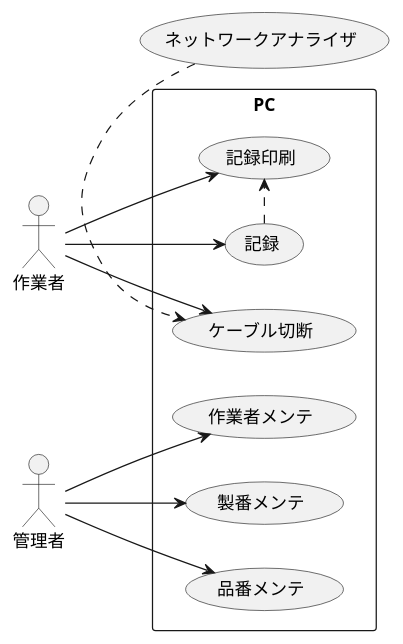
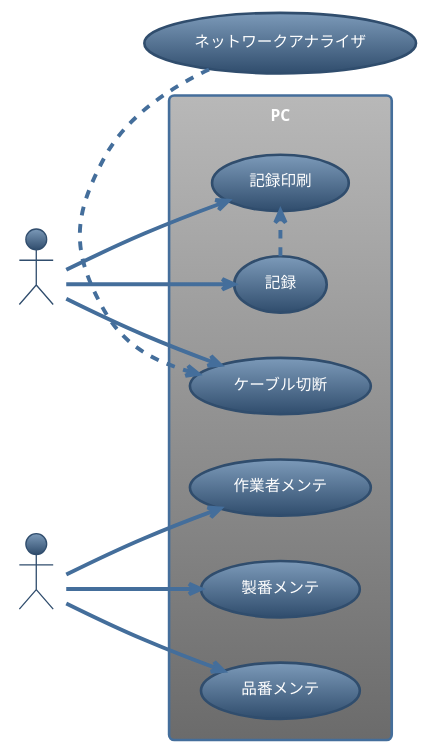
Before and after one commit to yoshijss/Docs: the diagram in PlantUML/Hirakawa/Usecase.pu, drawn with PlantUML. The commit also changed 18 other files, not shown here.

```diff
--- a/PlantUML/Hirakawa/Usecase.pu
+++ b/PlantUML/Hirakawa/Usecase.pu
@@ -1,19 +1,20 @@
 @startuml 電気長切断Usecase
 left to right direction
+!theme spacelab
 rectangle PC {
     (作業者メンテ)
     (製番メンテ)
     (品番メンテ)
     (ケーブル切断)
     (記録) .> (記録印刷)
 }
 (ネットワークアナライザ)
 
 :作業者: --> (ケーブル切断)
 :作業者: --> (記録)
 :作業者: --> (記録印刷)
 :管理者: --> (作業者メンテ)
 :管理者: --> (製番メンテ)
 :管理者: --> (品番メンテ)
 (ネットワークアナライザ) .> (ケーブル切断)
 @enduml
```
